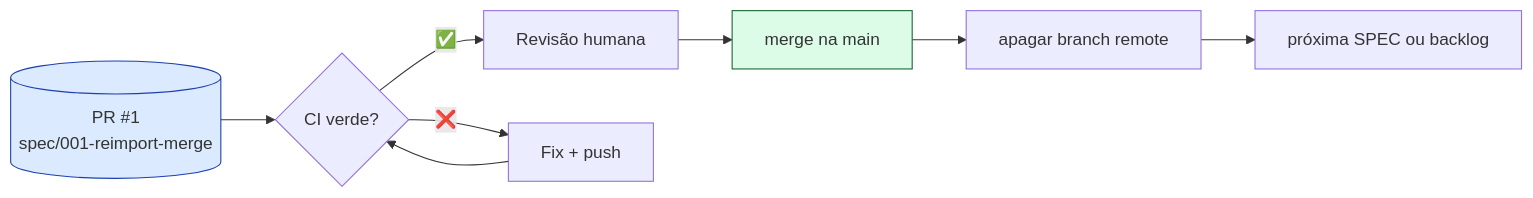
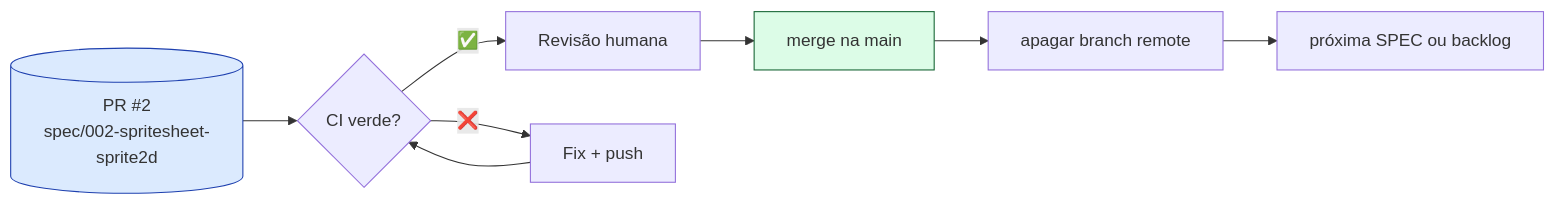
The third of 5 diagrams in STATUS.md (Space-Wizard-Studios/firebound-proscenio), drawn with Mermaid before and after one commit. The commit also changed other lines of this file and 2 other files, not shown here.

First line of the commit message:
docs: close SPEC 002 TODO, update STATUS, warn about [debug] comments

````diff
--- a/STATUS.md
+++ b/STATUS.md
@@ -113,14 +115,14 @@
 ```mermaid
 flowchart LR
-    PR[("PR #1<br/>spec/001-reimport-merge")]
+    PR[("PR #2<br/>spec/002-spritesheet-sprite2d")]
     PR --> CI{CI verde?}
     CI -->|✅| REVIEW[Revisão humana]
     CI -->|❌| FIX[Fix + push]
     FIX --> CI
     REVIEW --> MERGE[merge na main]
     MERGE --> DEL[apagar branch remote]
     DEL --> NEXT[próxima SPEC ou backlog]
 
     style PR fill:#dbeafe,stroke:#1e40af
     style MERGE fill:#dcfce7,stroke:#166534
 ```
````
